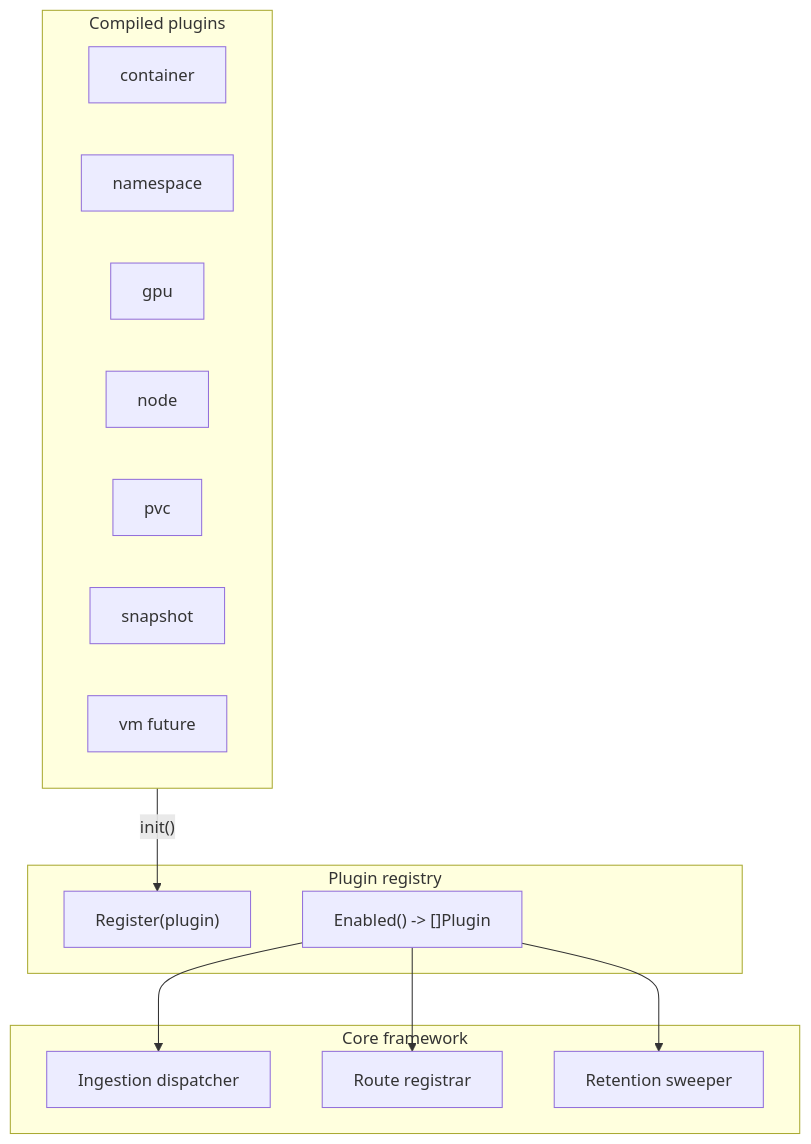
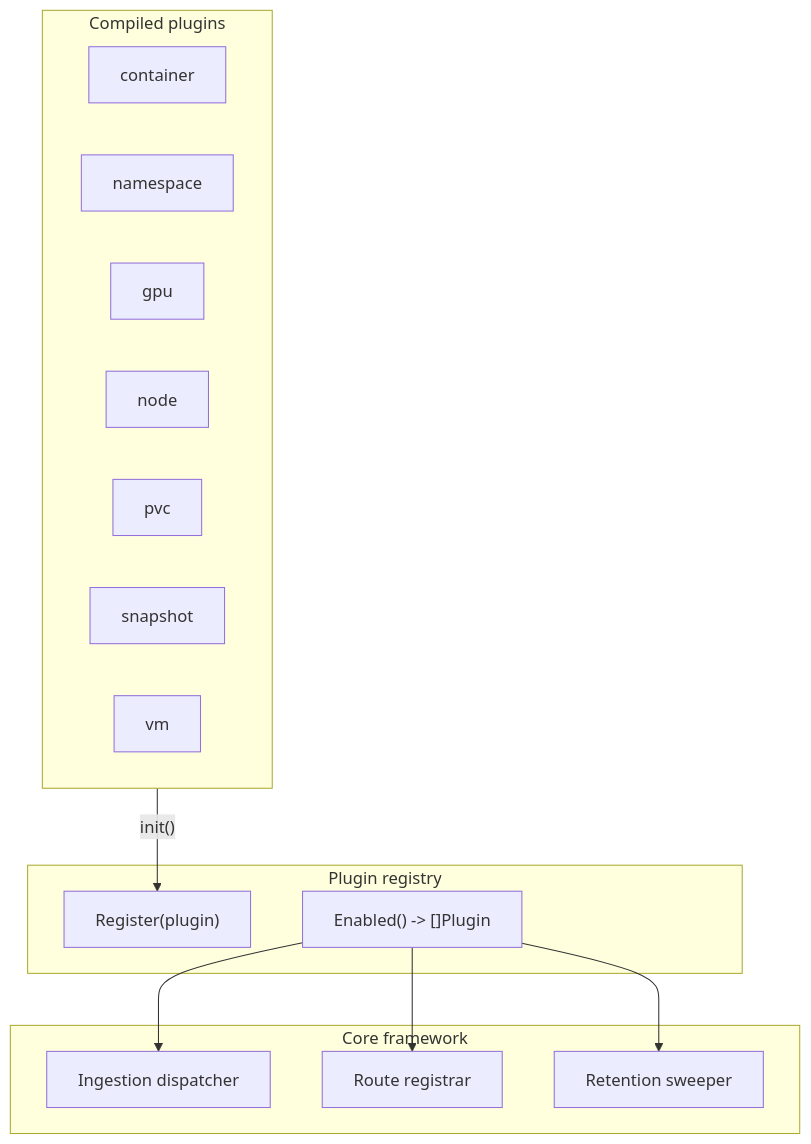
Before and after one commit to pgarciaq/ros-ocp-backend: the diagram in docs-site/architecture/plugin-architecture.md, drawn with Mermaid. The commit also changed other lines of this file and 3 other files, not shown here.

Commit message:
Update docs: fix attr_list rendering, add Quick Facts to tag-filtering, update plugin-architecture and recommendation-engines for all current plugins

````diff
--- a/docs-site/architecture/plugin-architecture.md
+++ b/docs-site/architecture/plugin-architecture.md
@@ -96,28 +96,28 @@
 ```mermaid
 flowchart TB
     subgraph registry [Plugin registry]
         Register["Register(plugin)"]
         Enabled["Enabled() -> []Plugin"]
     end
 
     subgraph plugins [Compiled plugins]
         Container[container]
         Namespace[namespace]
         GPU[gpu]
         Node[node]
         PVC[pvc]
         Snapshot[snapshot]
-        VM["vm future"]
+        VM[vm]
     end
 
     subgraph core [Core framework]
         Ingest[Ingestion dispatcher]
         APIReg[Route registrar]
         Retain[Retention sweeper]
     end
 
     plugins -->|"init()"| Register
     Enabled --> Ingest
     Enabled --> APIReg
     Enabled --> Retain
 ```
````
